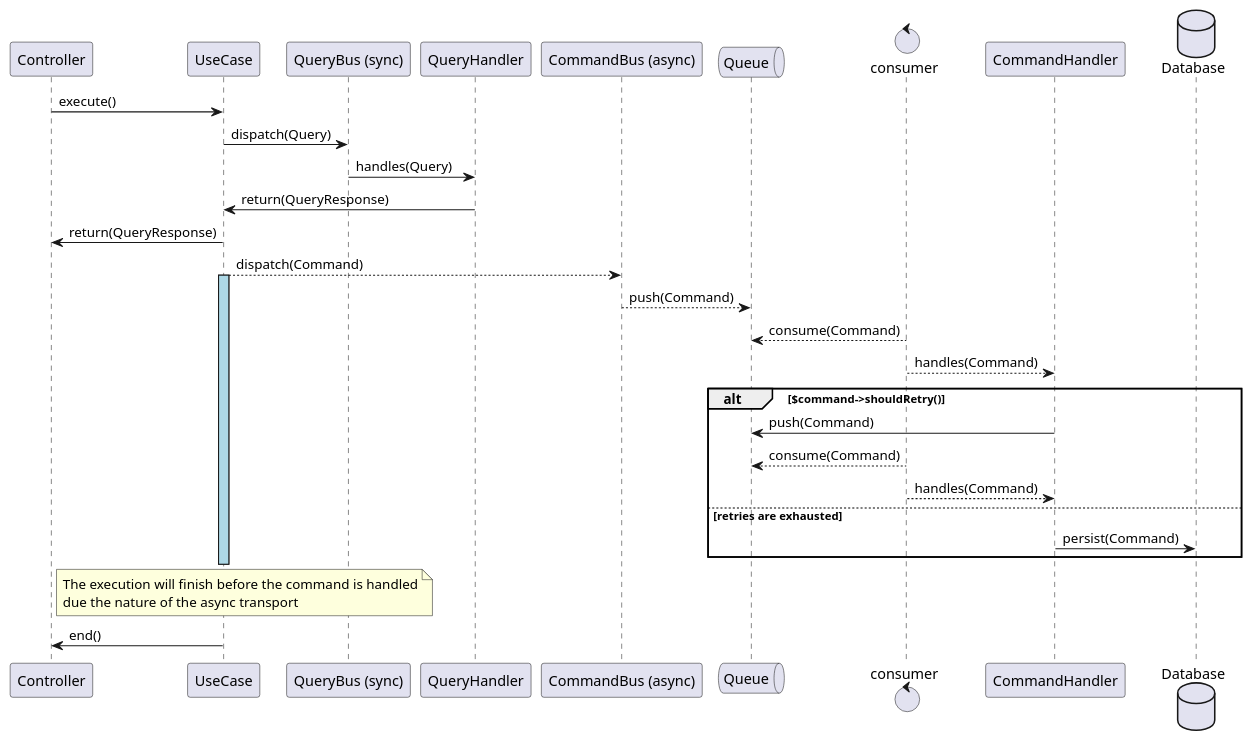
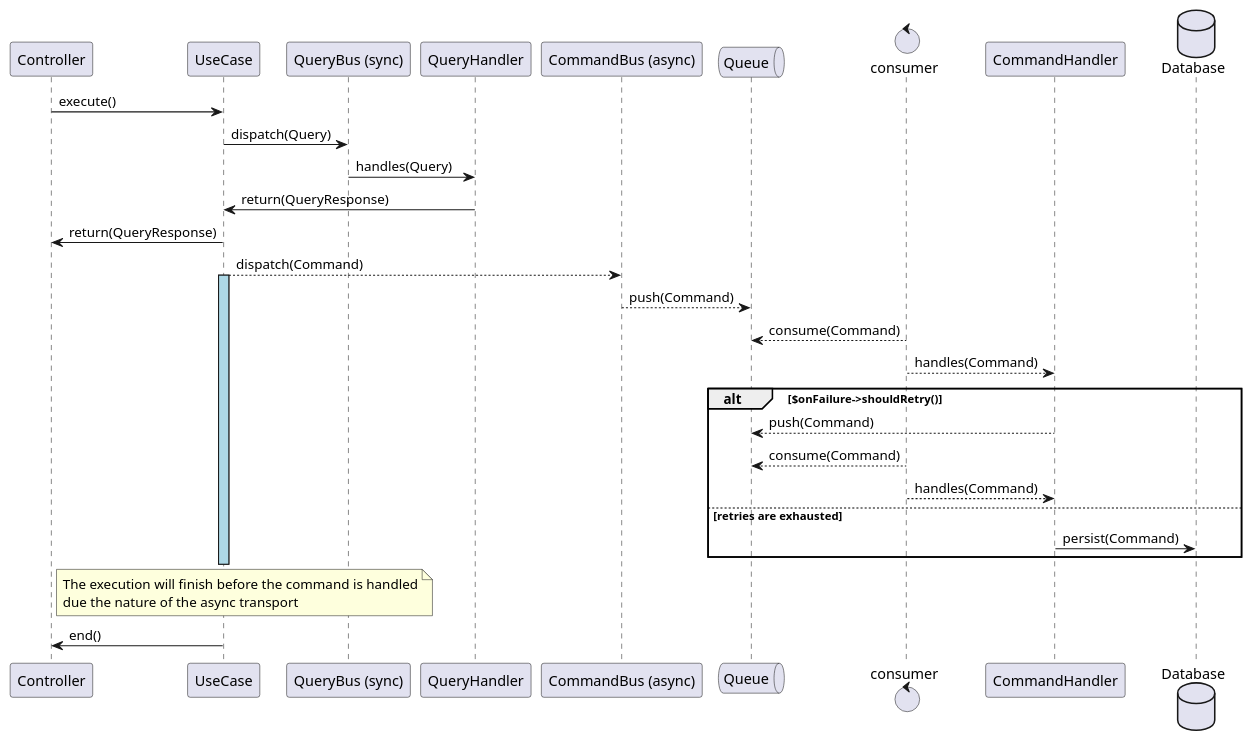
One commit to Equation-Labs-I-O/eqlabs-playground-php-slim-messenger changed the diagram in README.md. Above: the diagram before and after it, drawn with PlantUML.

Commit message:
add retry flow on sequence diagram

````diff
--- a/README.md
+++ b/README.md
@@ -43,37 +43,37 @@
 ```plantuml
 
 participant "Controller" as controller
 participant "UseCase" as use_case
 participant "QueryBus (sync)" as query_bus
 participant "QueryHandler" as query_handler
 participant "CommandBus (async)" as command_bus
 queue "Queue" as queue
 control "consumer" as consumer
 participant "CommandHandler" as command_handler
 database "Database" as db
 
 controller -> use_case: execute()
 use_case -> query_bus: dispatch(Query)
 query_bus -> query_handler: handles(Query)
 query_handler -> use_case: return(QueryResponse)
 use_case -> controller: return(QueryResponse)
 use_case --> command_bus: dispatch(Command)
 activate use_case #lightblue
 command_bus --> queue: push(Command)
 queue <-- consumer: consume(Command)
 consumer --> command_handler: handles(Command)
-alt $command->shouldRetry()
-  command_handler -> queue: push(Command)
+alt $onFailure->shouldRetry()
+  command_handler --> queue: push(Command)
   queue <-- consumer: consume(Command)
   consumer --> command_handler: handles(Command)
 else retries are exhausted
   command_handler -> db: persist(Command)
 end
 deactivate use_case
 note right of controller
   The execution will finish before the command is handled
   due the nature of the async transport
 end note
 controller <- use_case: end()
 
 ```
````
